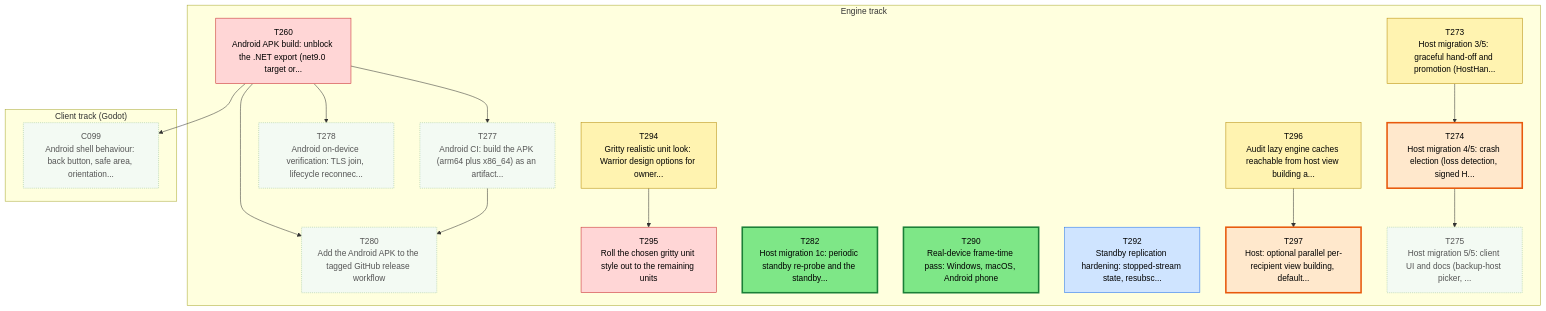
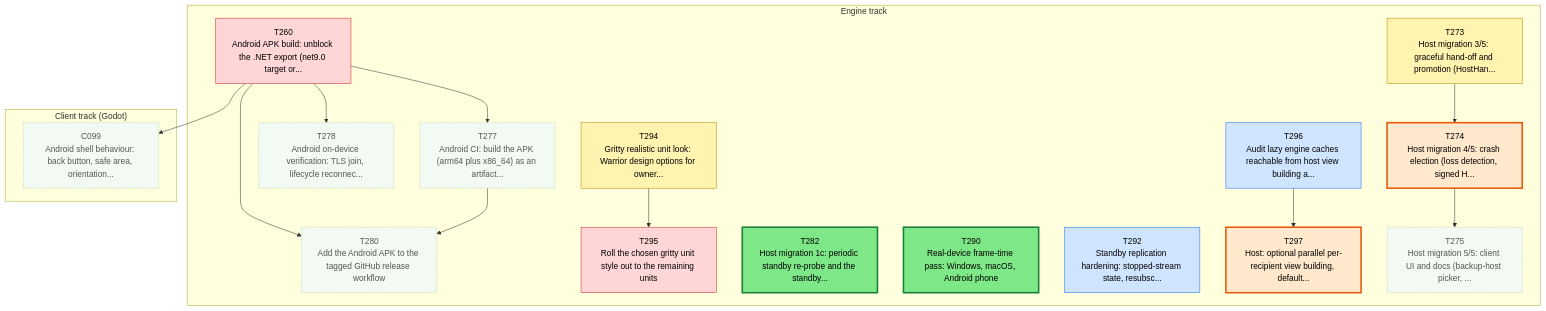
One commit to Kenmura/Unciv changed the first of 3 diagrams in csharp/migration/DEPENDENCY_MAP.md. Above: the diagram before and after it, drawn with Mermaid. The commit also changed other lines of this file and 8 other files, not shown here.

````diff
--- a/csharp/migration/DEPENDENCY_MAP.md
+++ b/csharp/migration/DEPENDENCY_MAP.md
@@ -35,53 +35,53 @@
 ```mermaid
 flowchart TD
   subgraph TTRACK["Engine track"]
     T260["T260<br/>Android APK build: unblock the .NET export (net9.0 target or..."]
     T273["T273<br/>Host migration 3/5: graceful hand-off and promotion (HostHan..."]
     T274["T274<br/>Host migration 4/5: crash election (loss detection, signed H..."]
     T275["T275<br/>Host migration 5/5: client UI and docs (backup-host picker, ..."]
     T277["T277<br/>Android CI: build the APK (arm64 plus x86_64) as an artifact..."]
     T278["T278<br/>Android on-device verification: TLS join, lifecycle reconnec..."]
     T280["T280<br/>Add the Android APK to the tagged GitHub release workflow"]
     T282["T282<br/>Host migration 1c: periodic standby re-probe and the standby..."]
     T290["T290<br/>Real-device frame-time pass: Windows, macOS, Android phone"]
     T292["T292<br/>Standby replication hardening: stopped-stream state, resubsc..."]
     T294["T294<br/>Gritty realistic unit look: Warrior design options for owner..."]
     T295["T295<br/>Roll the chosen gritty unit style out to the remaining units"]
     T296["T296<br/>Audit lazy engine caches reachable from host view building a..."]
     T297["T297<br/>Host: optional parallel per-recipient view building, default..."]
   end
   subgraph CTRACK["Client track (Godot)"]
     C099["C099<br/>Android shell behaviour: back button, safe area, orientation..."]
   end
   T273 --> T274
   T274 --> T275
   T260 --> T277
   T260 --> T278
   T260 --> T280
   T277 --> T280
   T294 --> T295
   T296 --> T297
   T260 --> C099
   classDef waiting fill:#f3faf3,stroke:#9bc49b,color:#555,stroke-dasharray:2 2
   classDef ondeck fill:#ffe8cc,stroke:#e8590c,stroke-width:3px,color:#000
   classDef ready fill:#7ee787,stroke:#1a7f37,stroke-width:3px,color:#000
   classDef prog fill:#fff3b0,stroke:#b58900,color:#000
   classDef review fill:#cfe4ff,stroke:#1f6feb,color:#000
   classDef blocked fill:#ffd6d6,stroke:#c62828,color:#000
   classDef done fill:#eeeeee,stroke:#999999,color:#666,stroke-dasharray:4 3
   class C099 waiting
   class T260 blocked
   class T273 prog
   class T274 ondeck
   class T275 waiting
   class T277 waiting
   class T278 waiting
   class T280 waiting
   class T282 ready
   class T290 ready
   class T292 review
   class T294 prog
   class T295 blocked
-  class T296 prog
+  class T296 review
   class T297 ondeck
 ```
````
